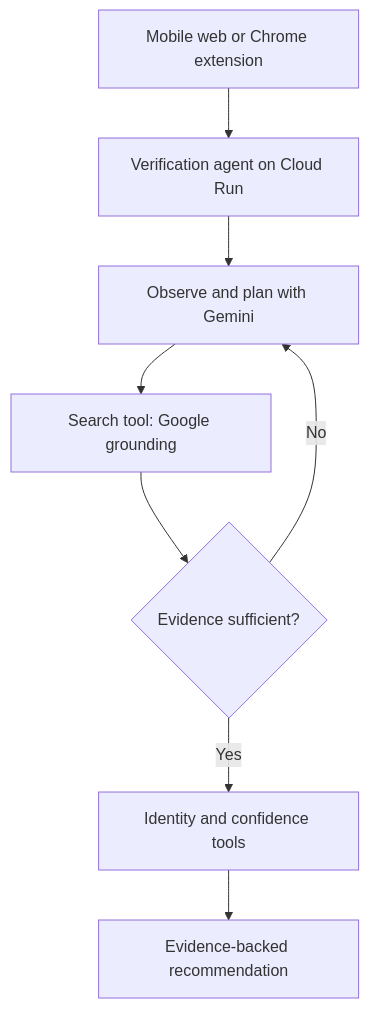
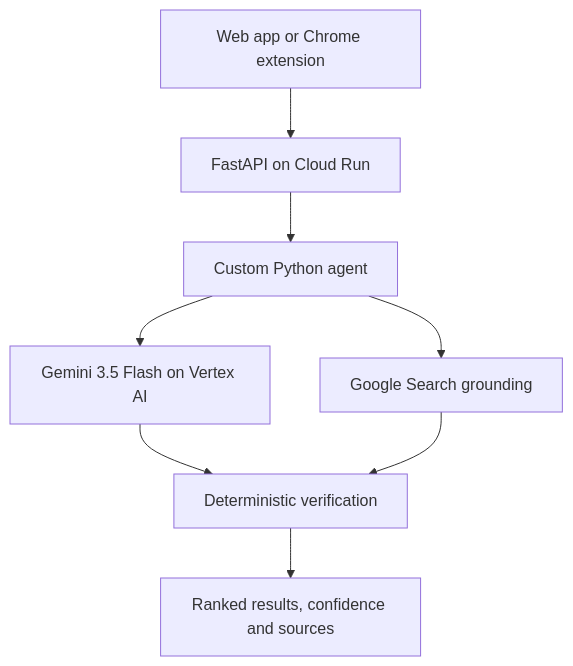
One commit to sgirabin/2026-aibuildercup-hackathon changed the diagram in README.md. Above: the diagram before and after it, drawn with Mermaid. The commit also changed other lines of this file, not shown here.

````diff
--- a/README.md
+++ b/README.md
@@ -29,10 +65,10 @@
 ```mermaid
 flowchart TD
-    A["Mobile web or Chrome extension"] --> B["Verification agent on Cloud Run"]
-    B --> C["Observe and plan with Gemini"]
-    C --> D["Search tool: Google grounding"]
-    D --> E{"Evidence sufficient?"}
-    E -->|No| C
-    E -->|Yes| F["Identity and confidence tools"]
-    F --> G["Evidence-backed recommendation"]
+    A["Web app or Chrome extension"] --> B["FastAPI on Cloud Run"]
+    B --> C["Custom Python agent"]
+    C --> D["Gemini 3.5 Flash on Vertex AI"]
+    C --> E["Google Search grounding"]
+    D --> F["Deterministic verification"]
+    E --> F
+    F --> G["Ranked results, confidence and sources"]
 ```
````
